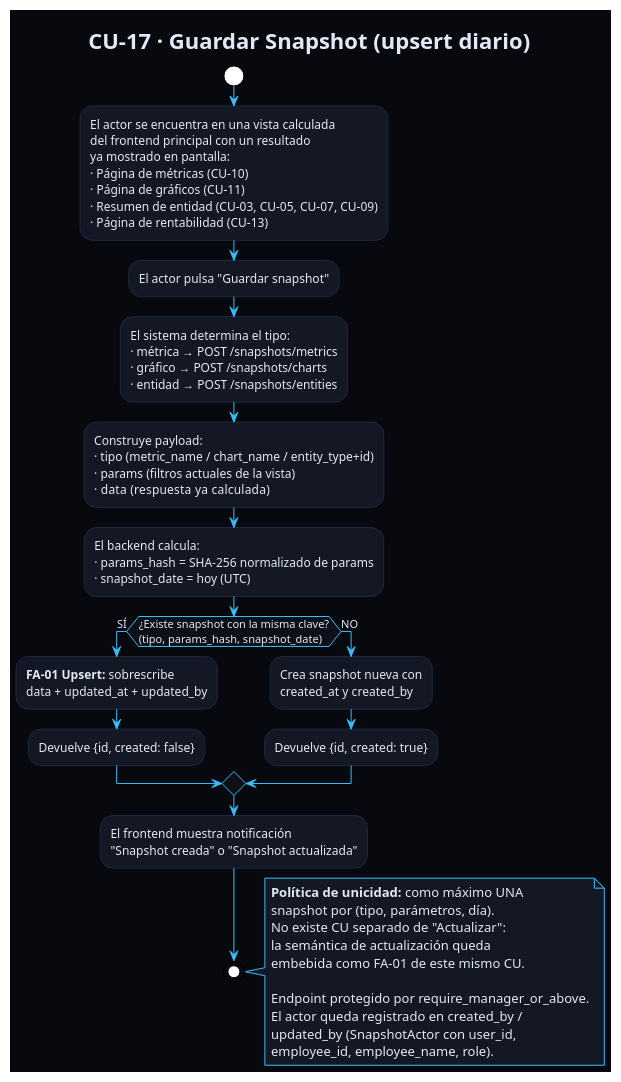
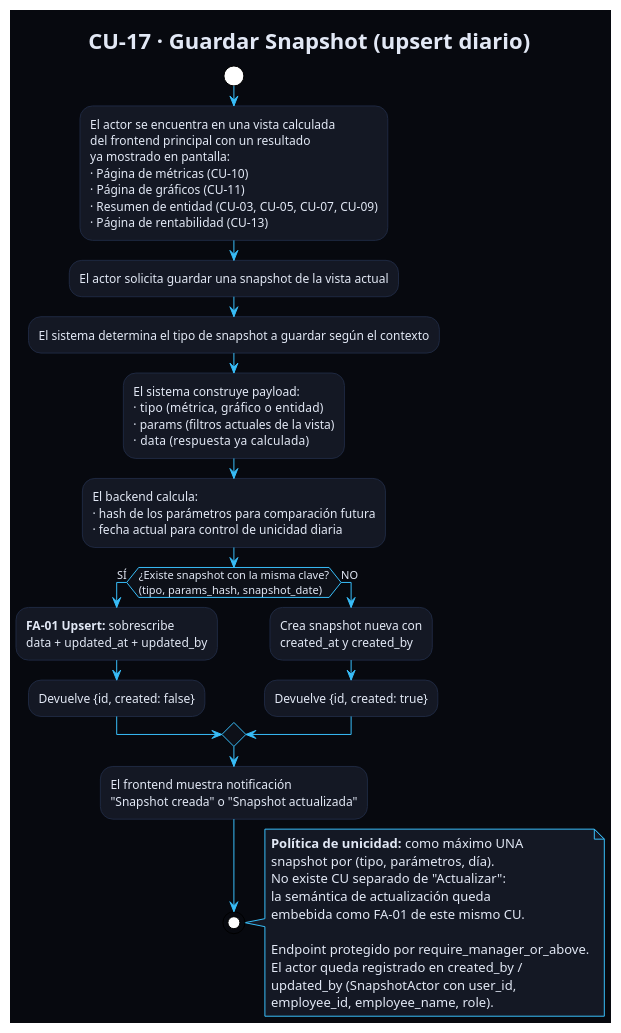
The diagram in Estudiantes/cesar-garcia-eguiguren/Capítulo-2/diagramas/CdU/flujoCU17.puml (ceesargaarcia/GII-TFG-2026), drawn with PlantUML before and after one commit. The commit also changed 49 other files, not shown here.

```diff
--- a/Estudiantes/cesar-garcia-eguiguren/Capítulo-2/diagramas/CdU/flujoCU17.puml
+++ b/Estudiantes/cesar-garcia-eguiguren/Capítulo-2/diagramas/CdU/flujoCU17.puml
@@ -1,68 +1,64 @@
 @startuml flujoCU17
 !theme plain
 skinparam backgroundColor #07090F
 skinparam defaultFontColor #E2E8F5
 skinparam ArrowColor #38BDF8
 skinparam ActivityBorderColor #1E2840
 skinparam ActivityBackgroundColor #141824
 skinparam ActivityDiamondBackgroundColor #0D1018
 skinparam ActivityDiamondBorderColor #38BDF8
 skinparam NoteBackgroundColor #141824
 skinparam NoteBorderColor #38BDF8
 
 title CU-17 · Guardar Snapshot (upsert diario)
 
 start
 :El actor se encuentra en una vista calculada
 del frontend principal con un resultado
 ya mostrado en pantalla:
 · Página de métricas (CU-10)
 · Página de gráficos (CU-11)
 · Resumen de entidad (CU-03, CU-05, CU-07, CU-09)
 · Página de rentabilidad (CU-13);
 
-:El actor pulsa "Guardar snapshot";
+:El actor solicita guardar una snapshot de la vista actual;
 
-:El sistema determina el tipo:
-· métrica → POST /snapshots/metrics
-· gráfico → POST /snapshots/charts
-· entidad → POST /snapshots/entities;
-
-:Construye payload:
-· tipo (metric_name / chart_name / entity_type+id)
+:El sistema determina el tipo de snapshot a guardar según el contexto;
+:El sistema construye payload:
+· tipo   (métrica, gráfico o entidad)
 · params (filtros actuales de la vista)
 · data   (respuesta ya calculada);
 
 :El backend calcula:
-· params_hash = SHA-256 normalizado de params
-· snapshot_date = hoy (UTC);
+· hash de los parámetros para comparación futura
+· fecha actual para control de unicidad diaria;
 
 if (¿Existe snapshot con la misma clave?\n(tipo, params_hash, snapshot_date)) then (SÍ)
   :**FA-01 Upsert:** sobrescribe
   data + updated_at + updated_by;
   :Devuelve {id, created: false};
 else (NO)
   :Crea snapshot nueva con
   created_at y created_by;
   :Devuelve {id, created: true};
 endif
 
 :El frontend muestra notificación
 "Snapshot creada" o "Snapshot actualizada";
 
 stop
 
 note right
   **Política de unicidad:** como máximo UNA
   snapshot por (tipo, parámetros, día).
   No existe CU separado de "Actualizar":
   la semántica de actualización queda
   embebida como FA-01 de este mismo CU.
 
   Endpoint protegido por require_manager_or_above.
   El actor queda registrado en created_by /
   updated_by (SnapshotActor con user_id,
   employee_id, employee_name, role).
 end note
 
 @enduml
```
